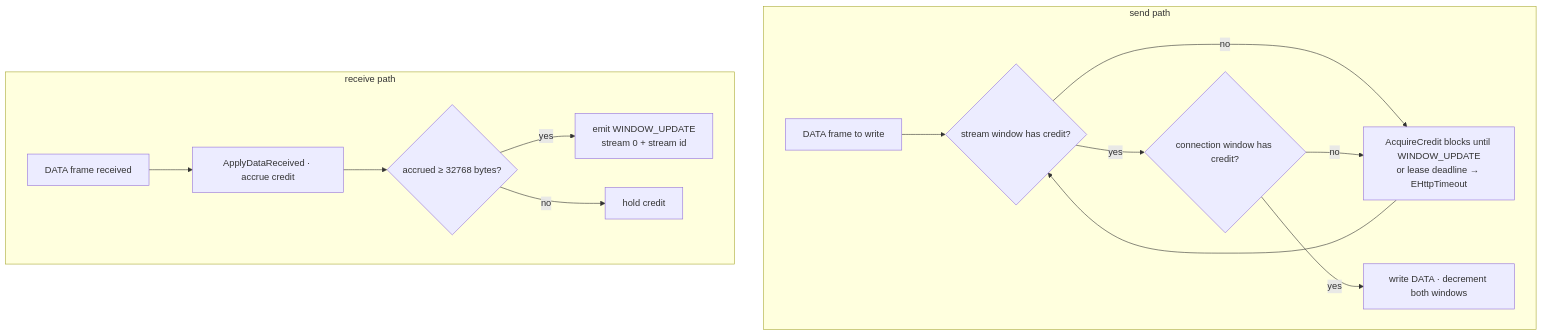
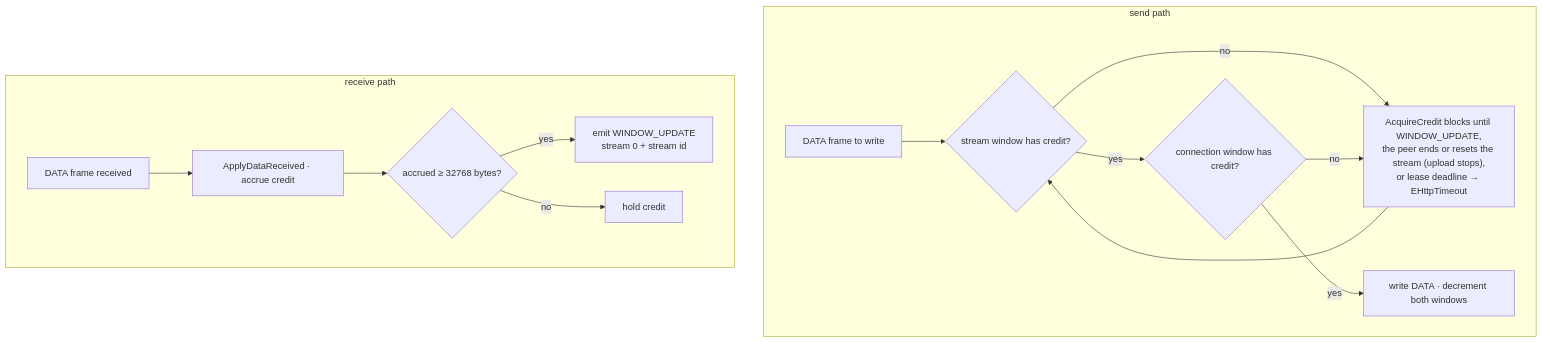
One commit to lscoughlin/http2client changed the second of 2 diagrams in doc/design/protocol.md. Above: the diagram before and after it, drawn with Mermaid. The commit also changed other lines of this file and 3 other files, not shown here.

First line of the commit message:
Stop an upload that waits for credit once the peer has answered or reset the stream

````diff
--- a/doc/design/protocol.md
+++ b/doc/design/protocol.md
@@ -237,17 +244,17 @@
 ```mermaid
 flowchart TB
   subgraph SEND["send path"]
     D["DATA frame to write"] --> C1{"stream window has credit?"}
-    C1 -->|"no"| W1["AcquireCredit blocks until WINDOW_UPDATE<br/>or lease deadline → EHttpTimeout"]
+    C1 -->|"no"| W1["AcquireCredit blocks until WINDOW_UPDATE,<br/>the peer ends or resets the stream (upload stops),<br/>or lease deadline → EHttpTimeout"]
     W1 --> C1
     C1 -->|"yes"| C2{"connection window has credit?"}
     C2 -->|"no"| W1
     C2 -->|"yes"| W["write DATA · decrement both windows"]
   end
   subgraph RECV["receive path"]
     R["DATA frame received"] --> A["ApplyDataReceived · accrue credit"]
     A --> B{"accrued ≥ 32768 bytes?"}
     B -->|"yes"| U["emit WINDOW_UPDATE<br/>stream 0 + stream id"]
     B -->|"no"| H["hold credit"]
   end
 ```
````
